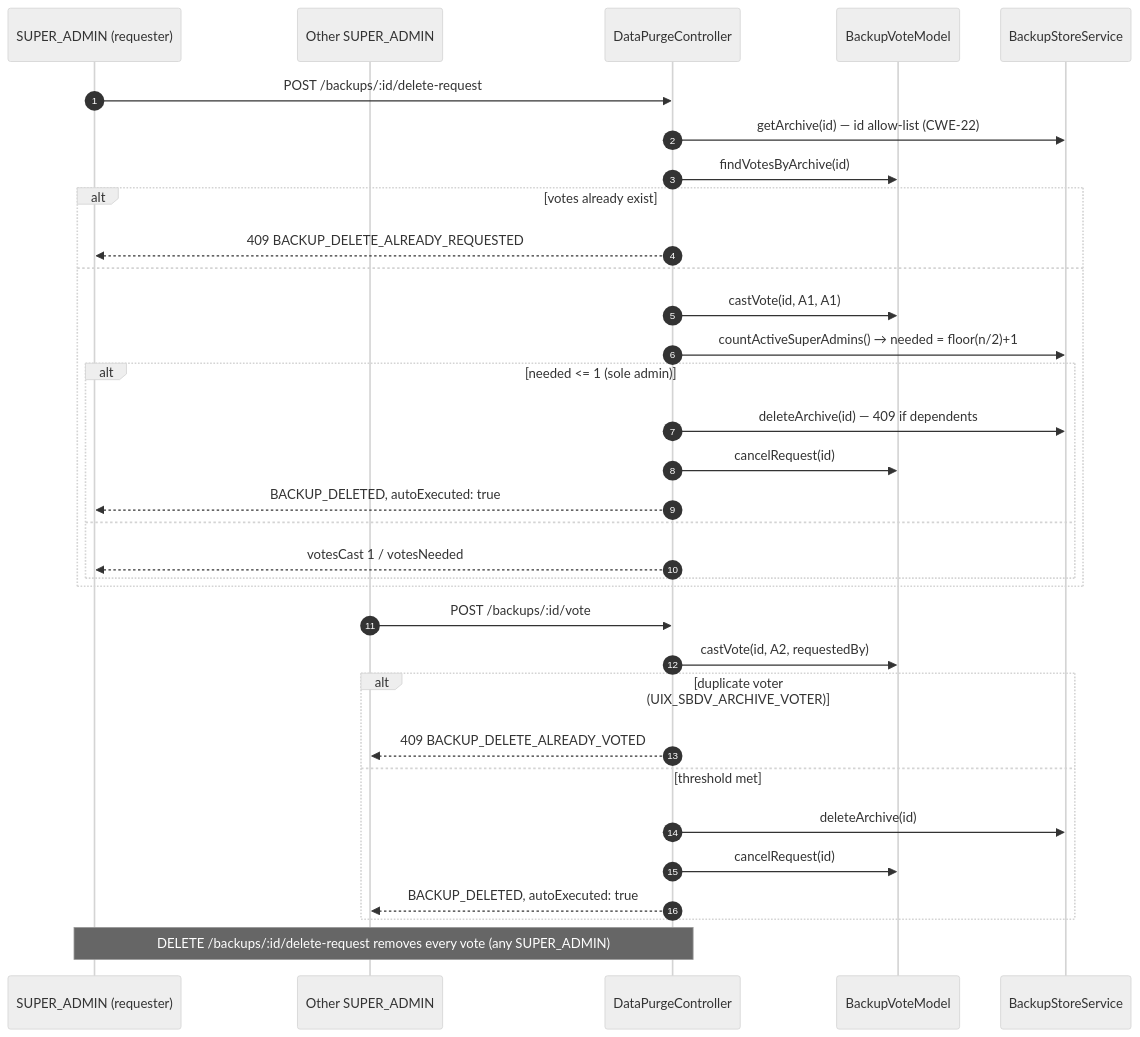
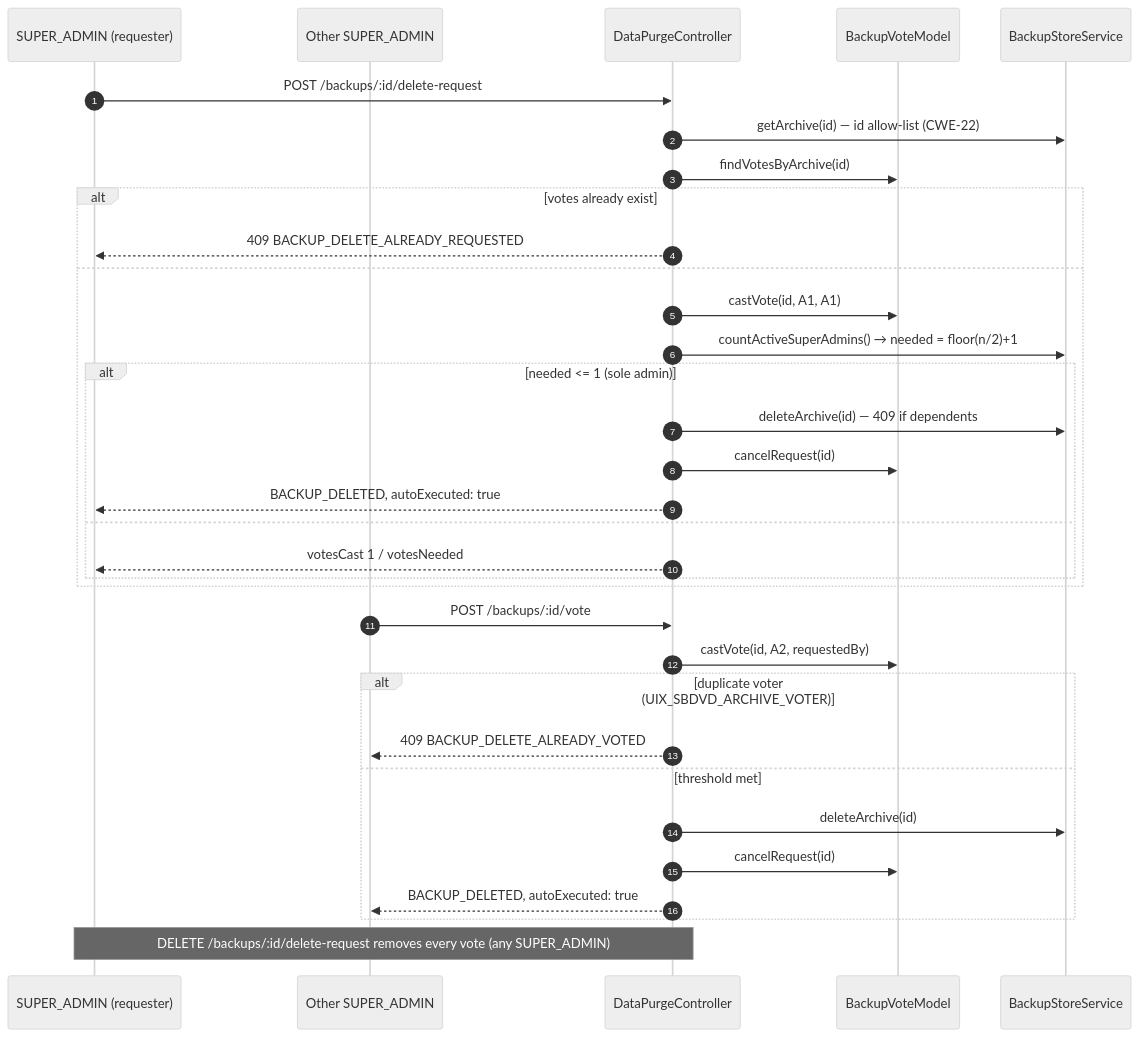
The third of 3 diagrams in Backend/dev-docs/System Admin/data-management-documentation.md (Jm-Paunlagui/CATHERINE), drawn with Mermaid (neutral theme) before and after one commit. The commit also changed 9 other files, not shown here.

````diff
--- a/Backend/dev-docs/System Admin/data-management-documentation.md
+++ b/Backend/dev-docs/System Admin/data-management-documentation.md
@@ -128,36 +128,36 @@
 ```mermaid
 sequenceDiagram
     autonumber
     participant A1 as SUPER_ADMIN (requester)
     participant A2 as Other SUPER_ADMIN
     participant C as DataPurgeController
     participant VM as BackupVoteModel
     participant SS as BackupStoreService
 
     A1->>C: POST /backups/:id/delete-request
     C->>SS: getArchive(id) — id allow-list (CWE-22)
     C->>VM: findVotesByArchive(id)
     alt votes already exist
         C-->>A1: 409 BACKUP_DELETE_ALREADY_REQUESTED
     else
         C->>VM: castVote(id, A1, A1)
         C->>SS: countActiveSuperAdmins() → needed = floor(n/2)+1
         alt needed <= 1 (sole admin)
             C->>SS: deleteArchive(id) — 409 if dependents
             C->>VM: cancelRequest(id)
             C-->>A1: BACKUP_DELETED, autoExecuted: true
         else
             C-->>A1: votesCast 1 / votesNeeded
         end
     end
     A2->>C: POST /backups/:id/vote
     C->>VM: castVote(id, A2, requestedBy)
-    alt duplicate voter (UIX_SBDV_ARCHIVE_VOTER)
+    alt duplicate voter (UIX_SBDVD_ARCHIVE_VOTER)
         C-->>A2: 409 BACKUP_DELETE_ALREADY_VOTED
     else threshold met
         C->>SS: deleteArchive(id)
         C->>VM: cancelRequest(id)
         C-->>A2: BACKUP_DELETED, autoExecuted: true
     end
     Note over A1,C: DELETE /backups/:id/delete-request removes every vote (any SUPER_ADMIN)
 ```
````
